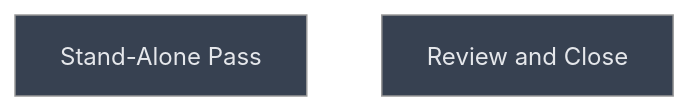
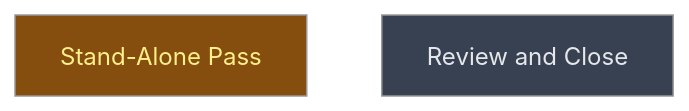
Before and after one commit to CrackingShells/cracking-shells-playbook: the diagram in __roadmap__/writing-release-rework/author/refine/standalone/README.md, drawn with Mermaid (neutral theme). The commit also changed other lines of this file and 1 other file, not shown here.

Commit message:
chore(roadmap): close the best-practices pass and start the stand-alone pass

````diff
--- a/__roadmap__/writing-release-rework/author/refine/standalone/README.md
+++ b/__roadmap__/writing-release-rework/author/refine/standalone/README.md
@@ -20,10 +20,10 @@
 ```mermaid
 graph TD
-    standalone[Stand-Alone Pass]:::planned
+    standalone[Stand-Alone Pass]:::inprogress
     review[Review and Close]:::planned
     classDef done       fill:#166534,color:#bbf7d0
     classDef inprogress fill:#854d0e,color:#fef08a
     classDef planned    fill:#374151,color:#e5e7eb
     classDef amendment  fill:#1e3a5f,color:#bfdbfe
     classDef blocked    fill:#7f1d1d,color:#fecaca
 ```
````
